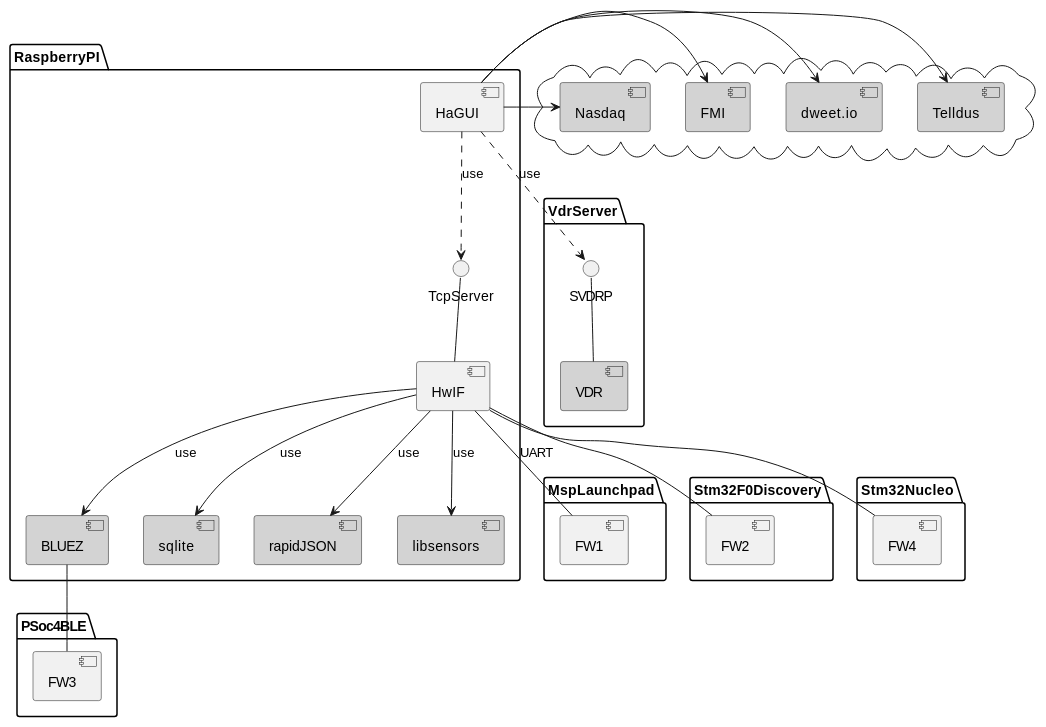
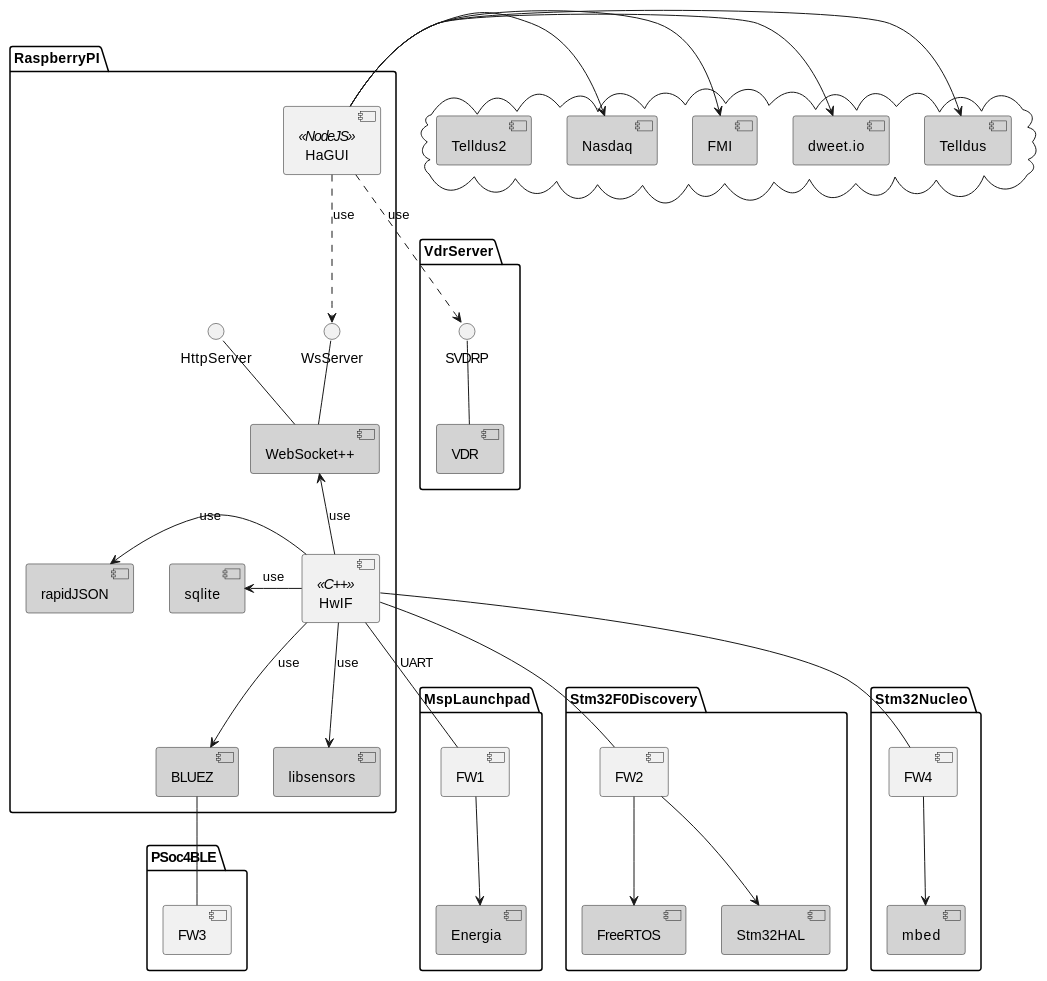
One commit to ojari/ojari.github.io changed the diagram in github.org. Above: the diagram before and after it, drawn with PlantUML. The commit also changed other lines of this file and 3 other files, not shown here.

```diff
--- a/github.org
+++ b/github.org
@@ -16,62 +16,76 @@
 #+begin_src plantuml :file uml1.png
 skinparam componentStyle uml2
 
 package RaspberryPI {
-   interface TcpServer
-   [HaGUI]
-   [HwIF]
+   [HaGUI] <<NodeJS>>
+   [HwIF]  <<C++>>
+
+   interface HttpServer
+   interface WsServer
 
    component [BLUEZ] #LightGrey
    component [sqlite] #LightGrey
    component [rapidJSON] #LightGrey
    component [libsensors] #LightGrey
+   component [WebSocket++] #LightGrey
 
-   [HaGUI] .down.> TcpServer : use
+   [HaGUI] .down.> WsServer : use
 
-   TcpServer -down- [HwIF]
+   HttpServer -down- [WebSocket++]
+   WsServer -down- [WebSocket++]
+   [HwIF] -up-> [WebSocket++] : use
    [HwIF] -down-> [BLUEZ] : use
    [HwIF] -down-> [libsensors] : use
-   [HwIF] -down-> [sqlite] : use
-   [HwIF] -down-> [rapidJSON] : use
+   [HwIF] -left-> [sqlite] : use
+   [HwIF] -left-> [rapidJSON] : use
 }
 
 package VdrServer {
    interface SVDRP
    component [VDR] #LightGrey
    SVDRP -down- [VDR]
 }
 
 package MspLaunchpad {
+   component [Energia] #LightGrey
    [FW1]
+   [FW1] -down-> [Energia]
 }
 
 package Stm32F0Discovery {
+   component [FreeRTOS] #LightGrey
+   component [Stm32HAL] #LightGrey
    [FW2]
+   [FW2] -down-> [FreeRTOS]
+   [FW2] -down-> [Stm32HAL]   
 }
 
 package PSoc4BLE {
    [FW3]
 }
 
 package Stm32Nucleo {
+   component [mbed] #LightGrey
    [FW4]
+   [FW4] -down-> [mbed]
 }
 
 cloud {
-   component [Telldus] #LightGrey
+   cloud [Telldus] #LightGrey
+   cloud [Telldus2] #LightGrey
    component [dweet.io] #LightGrey
    component [FMI] #LightGrey
    component [Nasdaq] #LightGrey
 }
 
 [HaGUI] ..> SVDRP : use
 [HaGUI] -> [Telldus]
 [HaGUI] -> [dweet.io]
 [HaGUI] -> [FMI]
 [HaGUI] -> [Nasdaq]
 [HwIF] -- [FW1] : UART
 [HwIF] -- [FW2]
 [BLUEZ] -- [FW3]
 [HwIF] -- [FW4]
 
 #+end_src
```
